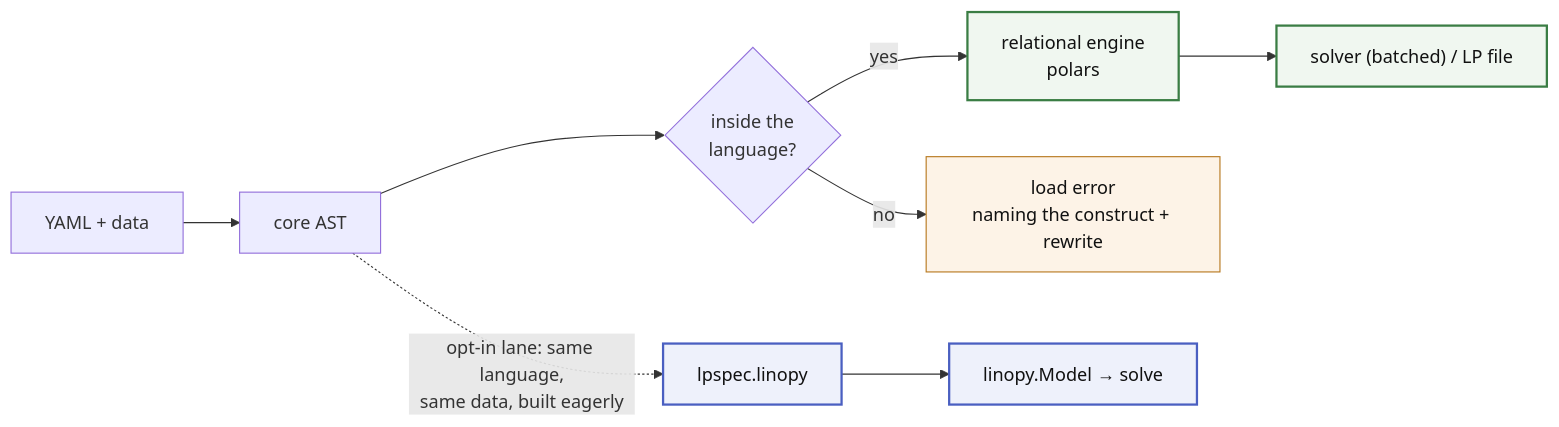
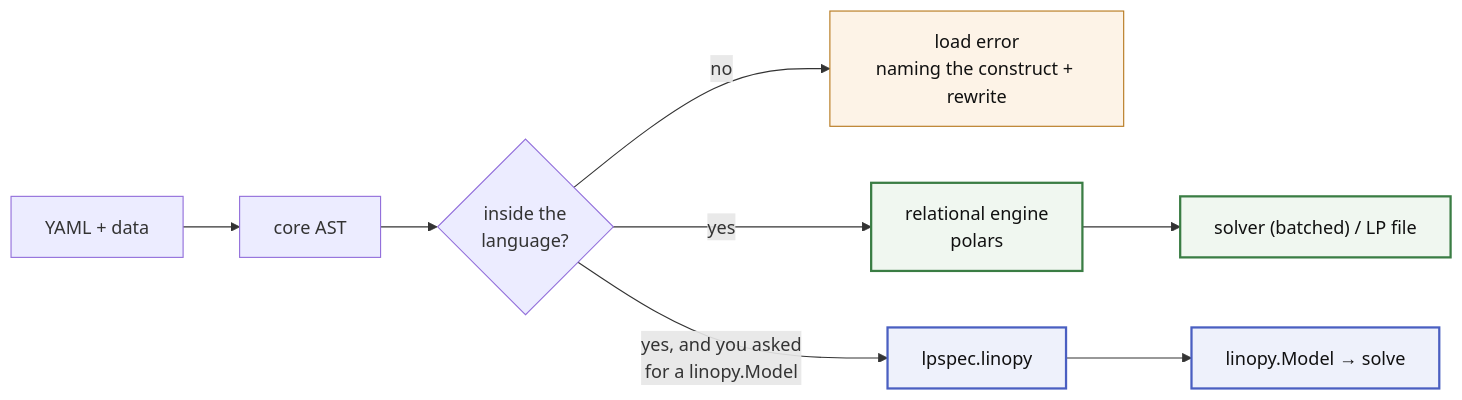
One commit to FBumann/linopy-yaml changed the diagram in README.md. Above: the diagram before and after it, drawn with Mermaid. The commit also changed other lines of this file and 7 other files, not shown here.

Commit message:
docs(architecture): the drawing puts one box around math-spec and the two lanes side by side

````diff
--- a/README.md
+++ b/README.md
@@ -37,17 +37,17 @@
 ```mermaid
 flowchart LR
     Y["YAML + data"] --> AST["core AST"]
     AST --> R{"inside the<br/>language?"}
+    R -->|"no"| ERR["load error<br/>naming the construct + rewrite"]
     R -->|"yes"| S["relational engine<br/>polars"]
     S --> OUT["solver (batched) / LP file"]
-    R -->|"no"| ERR["load error<br/>naming the construct + rewrite"]
-    AST -.->|"opt-in lane: same language,<br/>same data, built eagerly"| E["lpspec.linopy"]
+    R -->|"yes, and you asked<br/>for a linopy.Model"| E["lpspec.linopy"]
     E --> LS["linopy.Model → solve"]
 
     classDef stream fill:#f0f7f0,stroke:#3a7d44,stroke-width:2px,color:#111
     classDef linopylane fill:#eef1fb,stroke:#4a5fc1,stroke-width:2px,color:#111
     class S,OUT stream
     class E,LS linopylane
     class ERR err
     classDef err fill:#fdf3e7,stroke:#b7791f,color:#111
 ```
````
